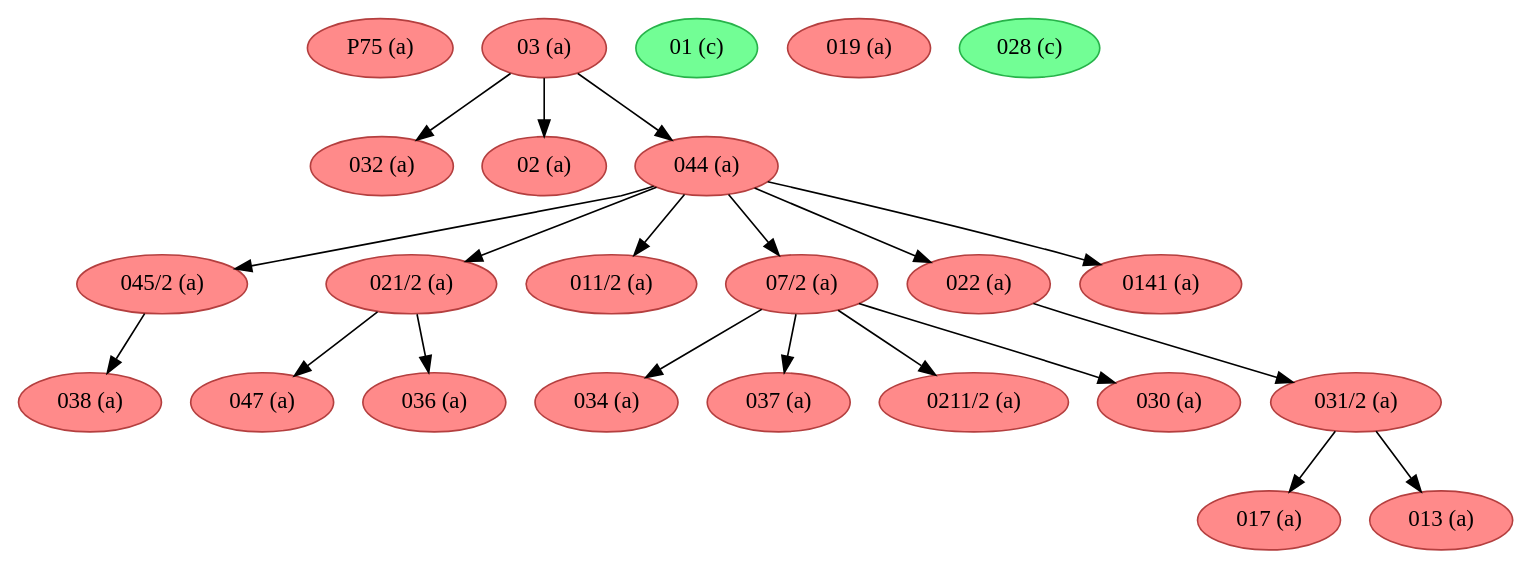
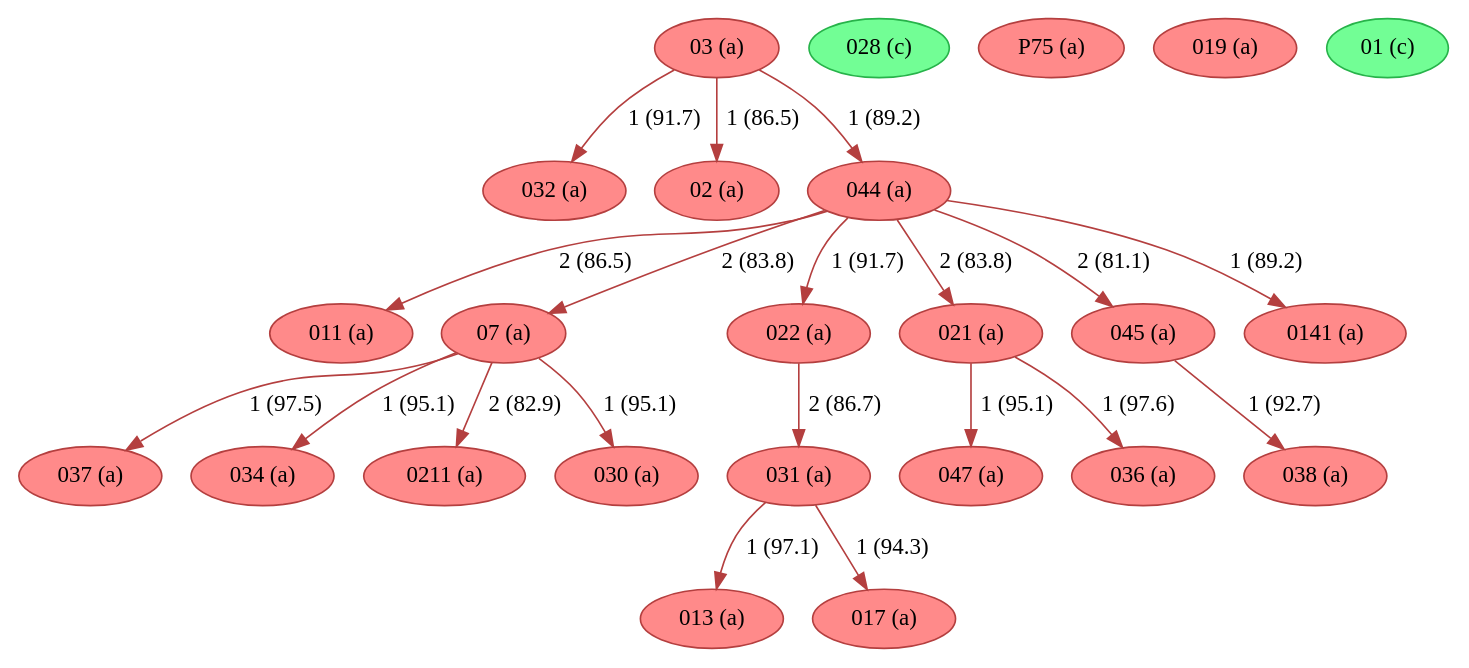
Before and after one commit to edmondac/CBGM: the diagram in example/c2/textual_flow_24_32_c2.dot, drawn with Graphviz. The commit also changed 163 other files, not shown here.

Commit message:
Updated diagrams with new code

```diff
--- a/example/c2/textual_flow_24_32_c2.dot
+++ b/example/c2/textual_flow_24_32_c2.dot
@@ -1,45 +1,45 @@
 strict digraph G {
+"013 (a)" [fillcolor="#FF8A8A", color="#b43f3f", style=filled];
+"011 (a)" [fillcolor="#FF8A8A", color="#b43f3f", style=filled];
+"017 (a)" [fillcolor="#FF8A8A", color="#b43f3f", style=filled];
+"07 (a)" [fillcolor="#FF8A8A", color="#b43f3f", style=filled];
+"032 (a)" [fillcolor="#FF8A8A", color="#b43f3f", style=filled];
+"022 (a)" [fillcolor="#FF8A8A", color="#b43f3f", style=filled];
+"021 (a)" [fillcolor="#FF8A8A", color="#b43f3f", style=filled];
+"028 (c)" [fillcolor="#72FE95", color="#27b34a", style=filled];
+"047 (a)" [fillcolor="#FF8A8A", color="#b43f3f", style=filled];
+"037 (a)" [fillcolor="#FF8A8A", color="#b43f3f", style=filled];
+"02 (a)" [fillcolor="#FF8A8A", color="#b43f3f", style=filled];
+"036 (a)" [fillcolor="#FF8A8A", color="#b43f3f", style=filled];
+"045 (a)" [fillcolor="#FF8A8A", color="#b43f3f", style=filled];
+"03 (a)" [fillcolor="#FF8A8A", color="#b43f3f", style=filled];
 "P75 (a)" [fillcolor="#FF8A8A", color="#b43f3f", style=filled];
-"045/2 (a)" [fillcolor="#FF8A8A", color="#b43f3f", style=filled];
 "038 (a)" [fillcolor="#FF8A8A", color="#b43f3f", style=filled];
-"032 (a)" [fillcolor="#FF8A8A", color="#b43f3f", style=filled];
-"021/2 (a)" [fillcolor="#FF8A8A", color="#b43f3f", style=filled];
-"011/2 (a)" [fillcolor="#FF8A8A", color="#b43f3f", style=filled];
 "034 (a)" [fillcolor="#FF8A8A", color="#b43f3f", style=filled];
-"031/2 (a)" [fillcolor="#FF8A8A", color="#b43f3f", style=filled];
-"047 (a)" [fillcolor="#FF8A8A", color="#b43f3f", style=filled];
+"019 (a)" [fillcolor="#FF8A8A", color="#b43f3f", style=filled];
+"0211 (a)" [fillcolor="#FF8A8A", color="#b43f3f", style=filled];
+"044 (a)" [fillcolor="#FF8A8A", color="#b43f3f", style=filled];
 "01 (c)" [fillcolor="#72FE95", color="#27b34a", style=filled];
-"036 (a)" [fillcolor="#FF8A8A", color="#b43f3f", style=filled];
-"017 (a)" [fillcolor="#FF8A8A", color="#b43f3f", style=filled];
-"019 (a)" [fillcolor="#FF8A8A", color="#b43f3f", style=filled];
-"028 (c)" [fillcolor="#72FE95", color="#27b34a", style=filled];
-"07/2 (a)" [fillcolor="#FF8A8A", color="#b43f3f", style=filled];
-"02 (a)" [fillcolor="#FF8A8A", color="#b43f3f", style=filled];
-"037 (a)" [fillcolor="#FF8A8A", color="#b43f3f", style=filled];
-"03 (a)" [fillcolor="#FF8A8A", color="#b43f3f", style=filled];
-"022 (a)" [fillcolor="#FF8A8A", color="#b43f3f", style=filled];
-"0211/2 (a)" [fillcolor="#FF8A8A", color="#b43f3f", style=filled];
 "0141 (a)" [fillcolor="#FF8A8A", color="#b43f3f", style=filled];
-"013 (a)" [fillcolor="#FF8A8A", color="#b43f3f", style=filled];
 "030 (a)" [fillcolor="#FF8A8A", color="#b43f3f", style=filled];
-"044 (a)" [fillcolor="#FF8A8A", color="#b43f3f", style=filled];
-"045/2 (a)" -> "038 (a)";
-"021/2 (a)" -> "036 (a)";
-"021/2 (a)" -> "047 (a)";
-"031/2 (a)" -> "017 (a)";
-"031/2 (a)" -> "013 (a)";
-"07/2 (a)" -> "0211/2 (a)";
-"07/2 (a)" -> "037 (a)";
-"07/2 (a)" -> "030 (a)";
-"07/2 (a)" -> "034 (a)";
-"03 (a)" -> "032 (a)";
-"03 (a)" -> "044 (a)";
-"03 (a)" -> "02 (a)";
-"022 (a)" -> "031/2 (a)";
-"044 (a)" -> "07/2 (a)";
-"044 (a)" -> "045/2 (a)";
-"044 (a)" -> "021/2 (a)";
-"044 (a)" -> "0141 (a)";
-"044 (a)" -> "011/2 (a)";
-"044 (a)" -> "022 (a)";
+"031 (a)" [fillcolor="#FF8A8A", color="#b43f3f", style=filled];
+"07 (a)" -> "030 (a)"  [color="#b43f3f", label="1 (95.1)"];
+"07 (a)" -> "034 (a)"  [color="#b43f3f", label="1 (95.1)"];
+"07 (a)" -> "0211 (a)"  [color="#b43f3f", label="2 (82.9)"];
+"07 (a)" -> "037 (a)"  [color="#b43f3f", label="1 (97.5)"];
+"022 (a)" -> "031 (a)"  [color="#b43f3f", label="2 (86.7)"];
+"021 (a)" -> "036 (a)"  [color="#b43f3f", label="1 (97.6)"];
+"021 (a)" -> "047 (a)"  [color="#b43f3f", label="1 (95.1)"];
+"045 (a)" -> "038 (a)"  [color="#b43f3f", label="1 (92.7)"];
+"03 (a)" -> "044 (a)"  [color="#b43f3f", label="1 (89.2)"];
+"03 (a)" -> "032 (a)"  [color="#b43f3f", label="1 (91.7)"];
+"03 (a)" -> "02 (a)"  [color="#b43f3f", label="1 (86.5)"];
+"044 (a)" -> "045 (a)"  [color="#b43f3f", label="2 (81.1)"];
+"044 (a)" -> "0141 (a)"  [color="#b43f3f", label="1 (89.2)"];
+"044 (a)" -> "07 (a)"  [color="#b43f3f", label="2 (83.8)"];
+"044 (a)" -> "021 (a)"  [color="#b43f3f", label="2 (83.8)"];
+"044 (a)" -> "022 (a)"  [color="#b43f3f", label="1 (91.7)"];
+"044 (a)" -> "011 (a)"  [color="#b43f3f", label="2 (86.5)"];
+"031 (a)" -> "013 (a)"  [color="#b43f3f", label="1 (97.1)"];
+"031 (a)" -> "017 (a)"  [color="#b43f3f", label="1 (94.3)"];
 }
```
